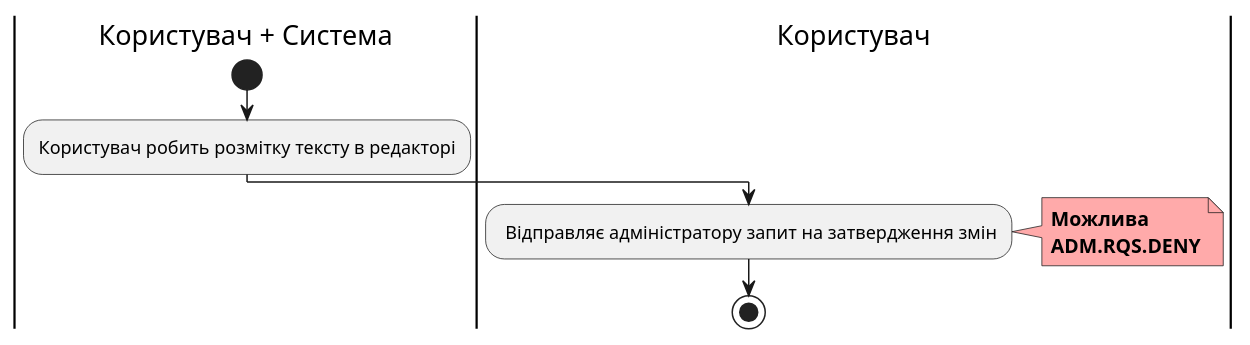
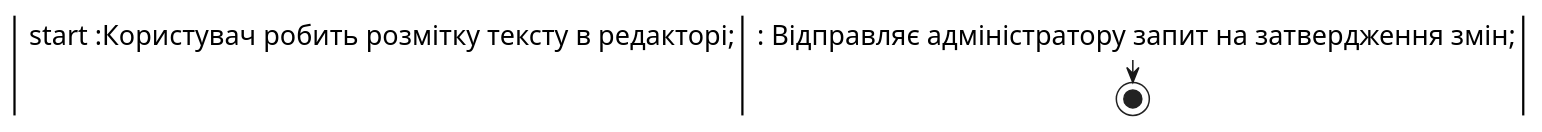
The sixth of 12 diagrams in docs/use cases/README.md (boldak/edu-db-cw), drawn with PlantUML before and after one commit. The commit also changed other lines of this file, not shown here.

```diff
--- a/docs/use cases/README.md
+++ b/docs/use cases/README.md
@@ -255,22 +187,14 @@
 @startuml
 
-|Користувач + Система|
-    start
-    :Користувач робить розмітку тексту в редакторі;
+|Користувач + Система| start :Користувач робить розмітку тексту в редакторі;
 
+|Користувач| : Відправляє адміністратору запит на затвердження змін;
 
+note right #ffaaaa
+<b>Можлива</b>
+<b>ADM.RQS.DENY</b>
+end note
 
+stop;
 
-
-|Користувач|
-    : Відправляє адміністратору запит на затвердження змін;
-
-    note right #ffaaaa
-    <b>Можлива</b>
-    <b>ADM.RQS.DENY</b>
-    end note
-
-
-
-    stop;
 @enduml
```
